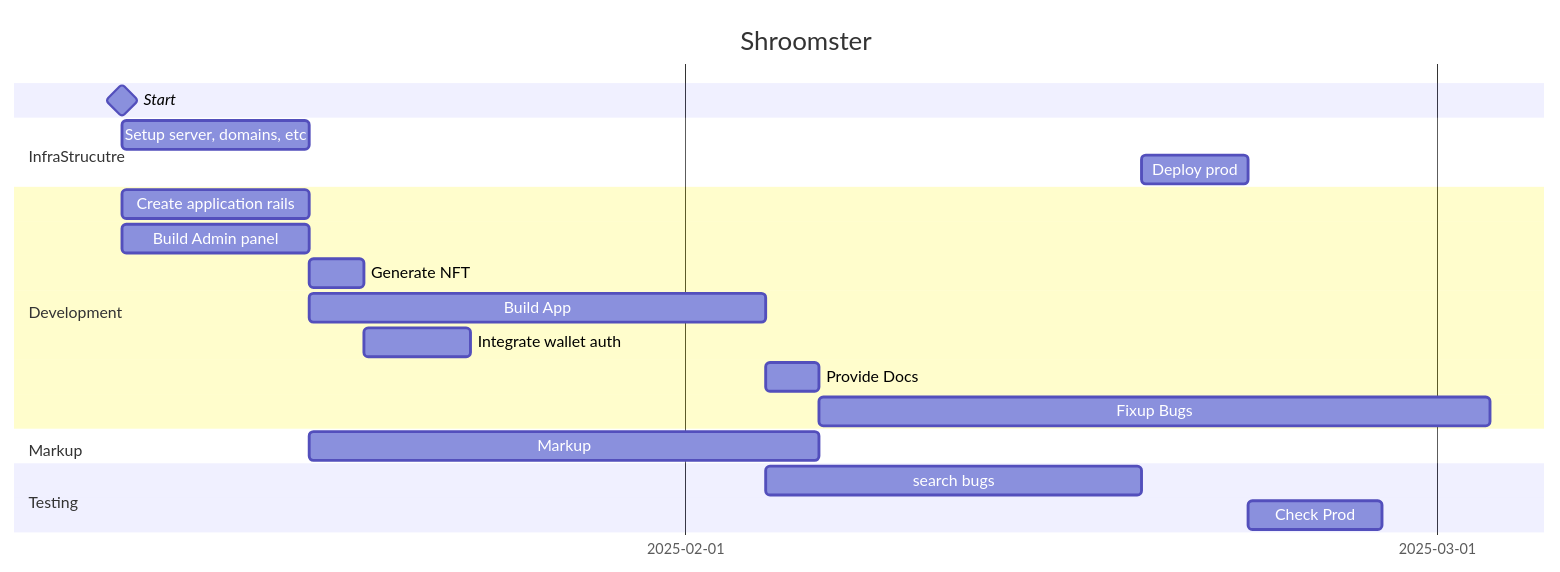
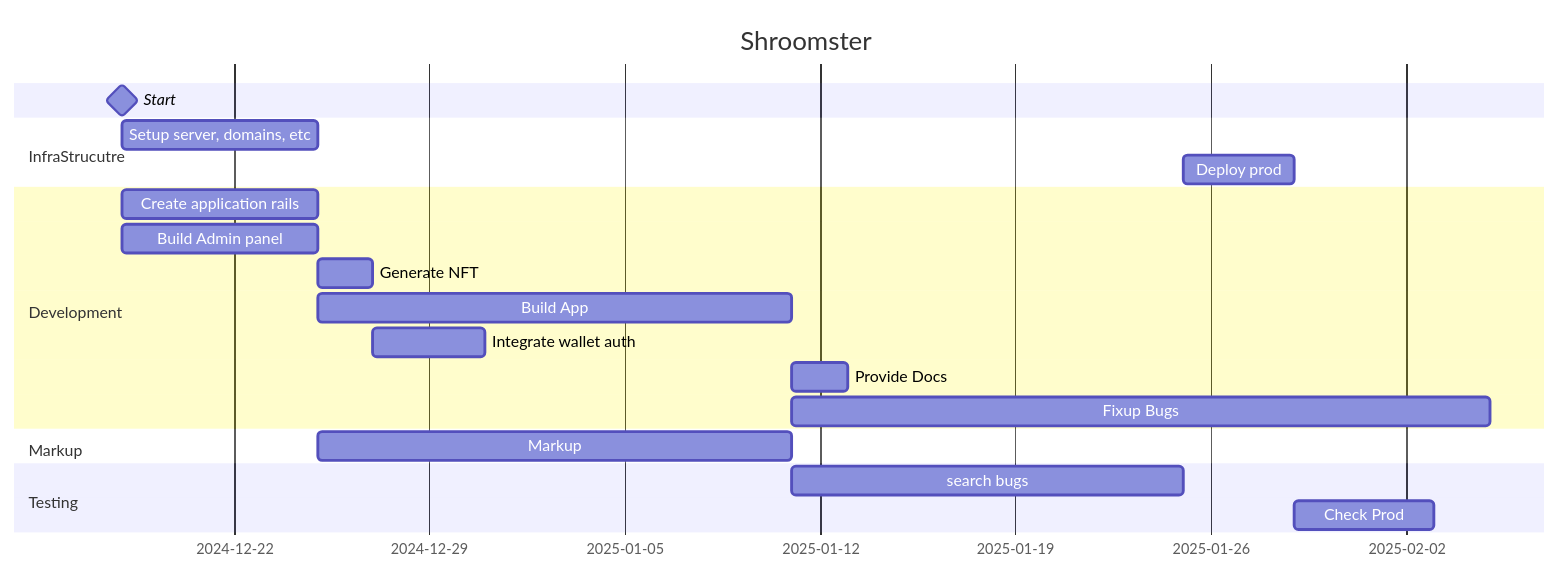
One commit to nosovk/flowershow changed the diagram in content/NA/Sales/Shroomsters.md. Above: the diagram before and after it, drawn with Mermaid.

Commit message:
Update content content/NA/Sales/Shroomsters.md

````diff
--- a/content/NA/Sales/Shroomsters.md
+++ b/content/NA/Sales/Shroomsters.md
@@ -25,24 +25,24 @@
 ```mermaid
 gantt
     title Shroomster
     dateFormat MM-DD
-    tickInterval 1month
+    tickInterval off
     todayMarker off
-    Start : milestone, s1, 2025-01-11,0min
+    Start : milestone, s1, 2024-12-18,0min
     section InfraStrucutre
         Setup server, domains, etc: i1, after s1, 7d
         Deploy prod: i3, after qa1, 4d
     section Development
         Create application rails: dev1, after s1, 7d
         Build Admin panel: dev2-1, after s1, 7d
         Generate NFT: dev2-2, after dev1, 2d
         Build App: dev3-1, after dev2-1, 17d
         Integrate wallet auth: dev3-2, after dev2-2, 4d
         Provide Docs: dev4, after dev3-1, 2d
-        Fixup Bugs: dev5, after dev4, 25d
+        Fixup Bugs: dev5, after dev3-1, 25d
     section Markup
         Markup: m1, after dev1, until dev5
     section Testing
         search bugs: qa1, after dev3-1, 14d
         Check Prod: qa2, after i3, 5d
 ```
````
